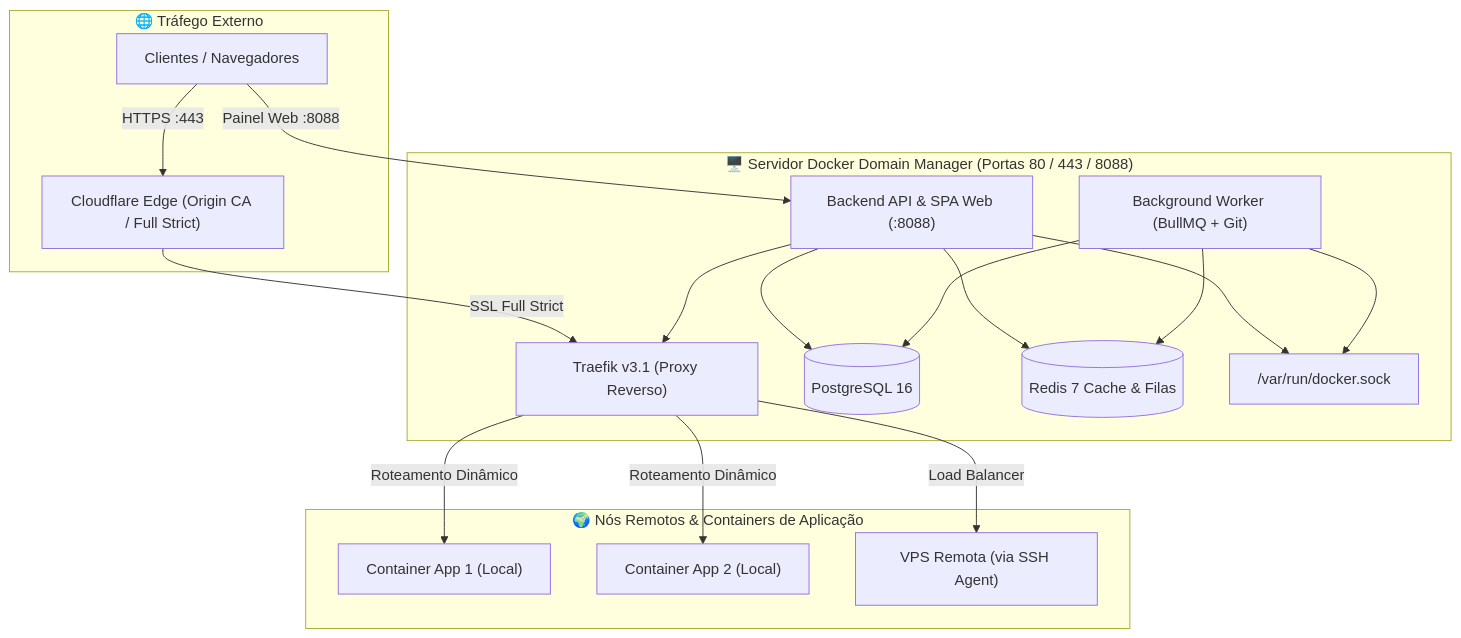
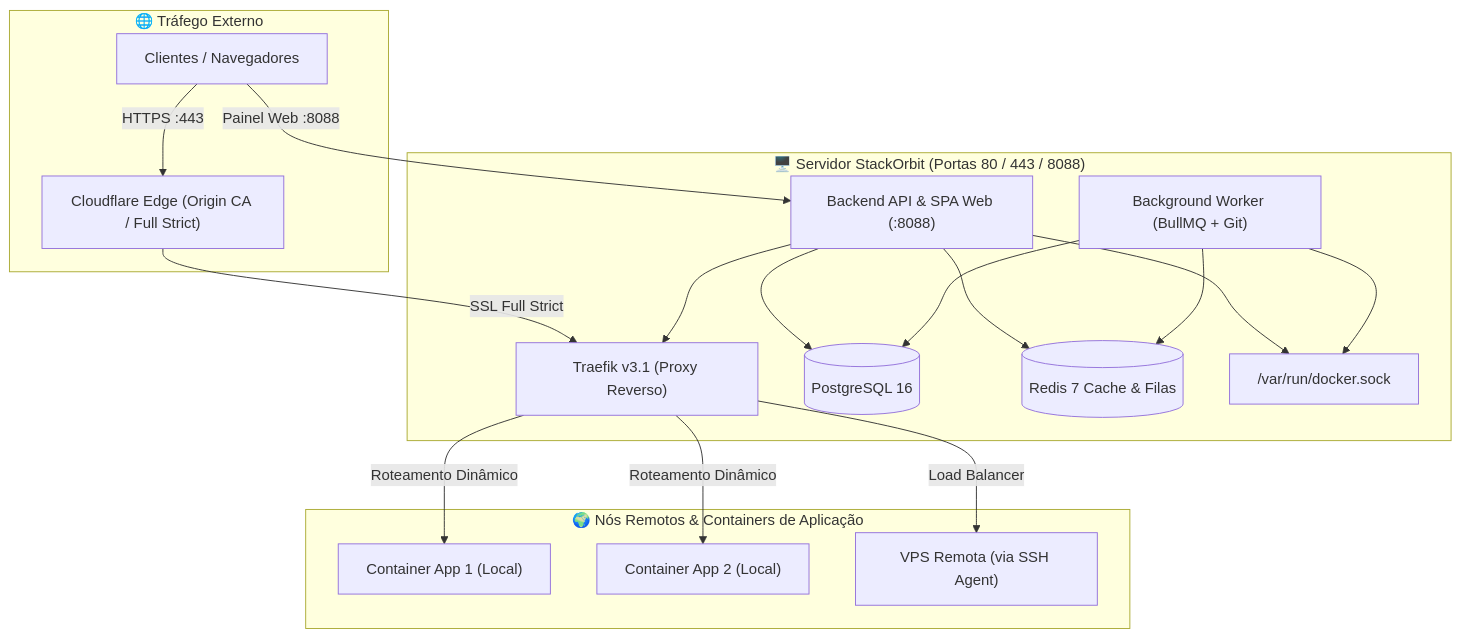
The diagram in README.md (stackline-saas/stackorbit), drawn with Mermaid before and after one commit. The commit also changed other lines of this file and 42 other files, not shown here.

````diff
--- a/README.md
+++ b/README.md
@@ -118,37 +120,37 @@
 ```mermaid
 flowchart TD
     subgraph Internet ["🌐 Tráfego Externo"]
         User["Clientes / Navegadores"]
         CF["Cloudflare Edge (Origin CA / Full Strict)"]
     end
 
-    subgraph Host ["🖥️ Servidor Docker Domain Manager (Portas 80 / 443 / 8088)"]
+    subgraph Host ["🖥️ Servidor StackOrbit (Portas 80 / 443 / 8088)"]
         Traefik["Traefik v3.1 (Proxy Reverso)"]
         API["Backend API & SPA Web (:8088)"]
         Worker["Background Worker (BullMQ + Git)"]
         DB[(PostgreSQL 16)]
         Redis[(Redis 7 Cache & Filas)]
         DockerSocket["/var/run/docker.sock"]
     end
 
     subgraph Nodes ["🌍 Nós Remotos & Containers de Aplicação"]
         C1["Container App 1 (Local)"]
         C2["Container App 2 (Local)"]
         RemoteVPS["VPS Remota (via SSH Agent)"]
     end
 
     User -->|HTTPS :443| CF
     CF -->|SSL Full Strict| Traefik
     Traefik -->|Roteamento Dinâmico| C1
     Traefik -->|Roteamento Dinâmico| C2
     Traefik -->|Load Balancer| RemoteVPS
 
     User -->|Painel Web :8088| API
     API --> DB
     API --> Redis
     API --> Traefik
     API --> DockerSocket
     Worker --> DockerSocket
     Worker --> Redis
     Worker --> DB
 ```
````
